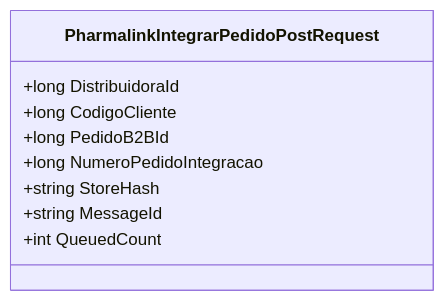
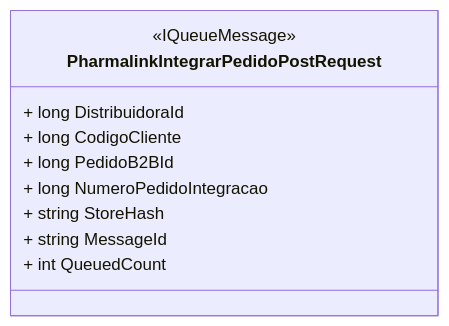
One commit to IsthmusSistemas/documentacao-tecnica changed the diagram in docs/b2b-dominio/IsthmusWinthor.Nucleo/IsthmusWinthor.Dominio/Model/PharmalinkIntegrarPedidoPostRequest.md. Above: the diagram before and after it, drawn with Mermaid. The commit also changed other lines of this file and 882 other files, not shown here.

````diff
--- a/docs/b2b-dominio/IsthmusWinthor.Nucleo/IsthmusWinthor.Dominio/Model/PharmalinkIntegrarPedidoPostRequest.md
+++ b/docs/b2b-dominio/IsthmusWinthor.Nucleo/IsthmusWinthor.Dominio/Model/PharmalinkIntegrarPedidoPostRequest.md
@@ -25,12 +21,13 @@
 ```mermaid
 classDiagram
     class PharmalinkIntegrarPedidoPostRequest {
-        +long DistribuidoraId
-        +long CodigoCliente
-        +long PedidoB2BId
-        +long NumeroPedidoIntegracao
-        +string StoreHash
-        +string MessageId
-        +int QueuedCount
+        <<IQueueMessage>>
+        + long DistribuidoraId
+        + long CodigoCliente
+        + long PedidoB2BId
+        + long NumeroPedidoIntegracao
+        + string StoreHash
+        + string MessageId
+        + int QueuedCount
     }
-``` 
+```
````
